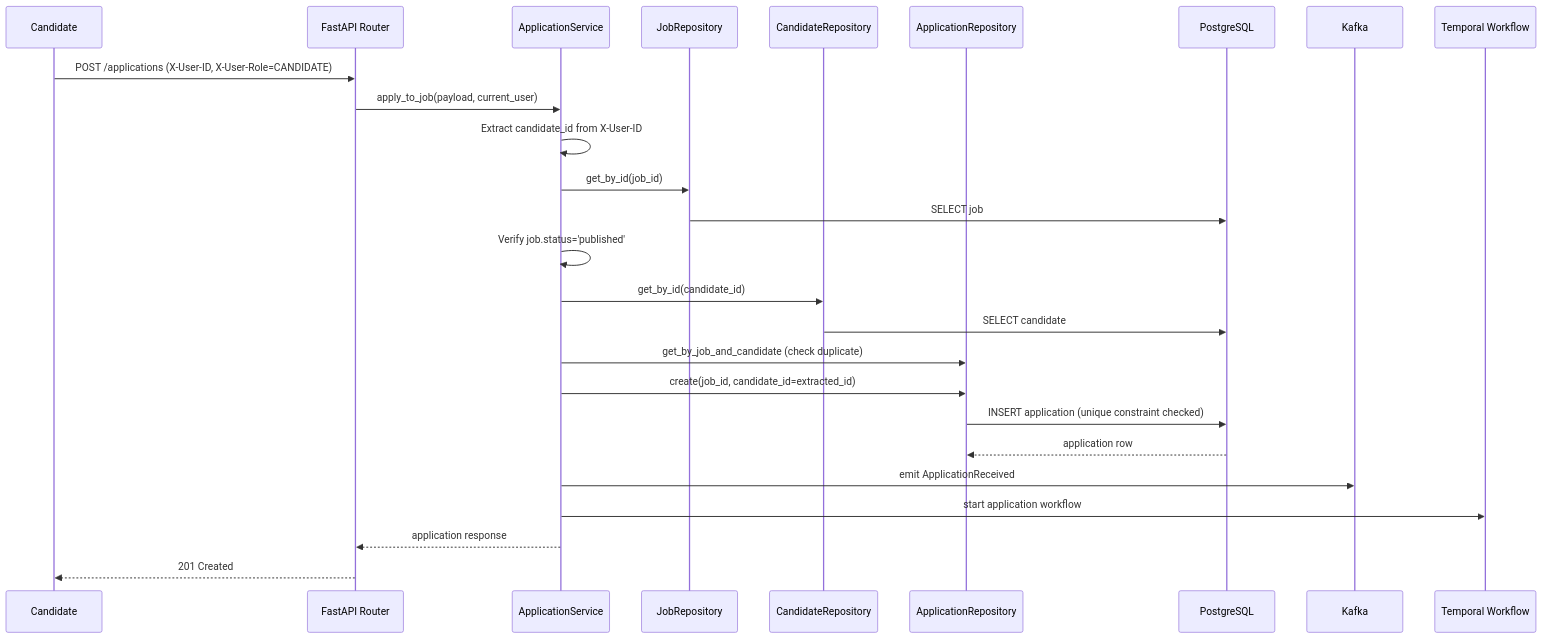
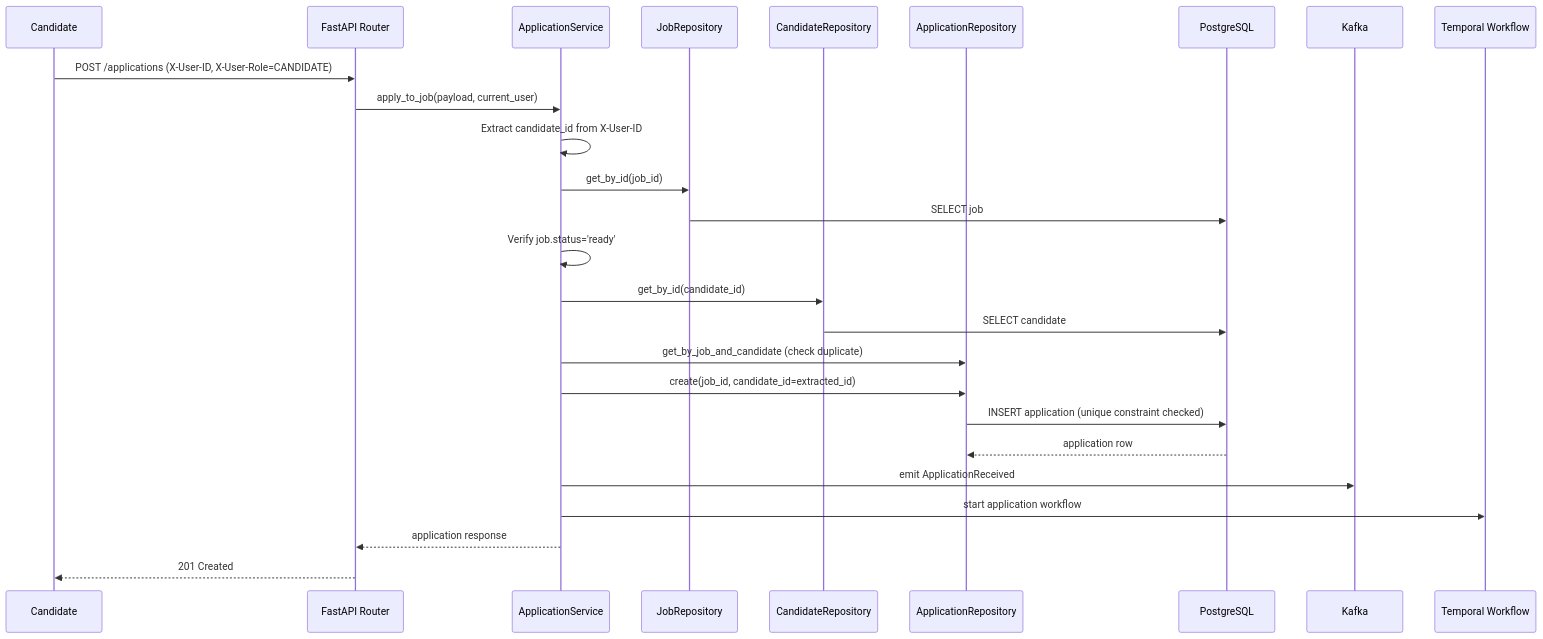
Before and after one commit to afnan-emumba/smart-hire: the fourth of 5 diagrams in docs/ARCHITECTURE.md, drawn with Mermaid. The commit also changed other lines of this file and 15 other files, not shown here.

````diff
--- a/docs/ARCHITECTURE.md
+++ b/docs/ARCHITECTURE.md
@@ -188,29 +189,29 @@
 ```mermaid
 sequenceDiagram
     participant Candidate
     participant API as FastAPI Router
     participant Service as ApplicationService
     participant JobRepo as JobRepository
     participant CandidateRepo as CandidateRepository
     participant AppRepo as ApplicationRepository
     participant DB as PostgreSQL
     participant Kafka as Kafka
     participant Temporal as Temporal Workflow
 
     Candidate->>API: POST /applications (X-User-ID, X-User-Role=CANDIDATE)
     API->>Service: apply_to_job(payload, current_user)
     Service->>Service: Extract candidate_id from X-User-ID
     Service->>JobRepo: get_by_id(job_id)
     JobRepo->>DB: SELECT job
-    Service->>Service: Verify job.status='published'
+    Service->>Service: Verify job.status='ready'
     Service->>CandidateRepo: get_by_id(candidate_id)
     CandidateRepo->>DB: SELECT candidate
     Service->>AppRepo: get_by_job_and_candidate (check duplicate)
     Service->>AppRepo: create(job_id, candidate_id=extracted_id)
     AppRepo->>DB: INSERT application (unique constraint checked)
     DB-->>AppRepo: application row
     Service->>Kafka: emit ApplicationReceived
     Service->>Temporal: start application workflow
     Service-->>API: application response
     API-->>Candidate: 201 Created
 ```
````
